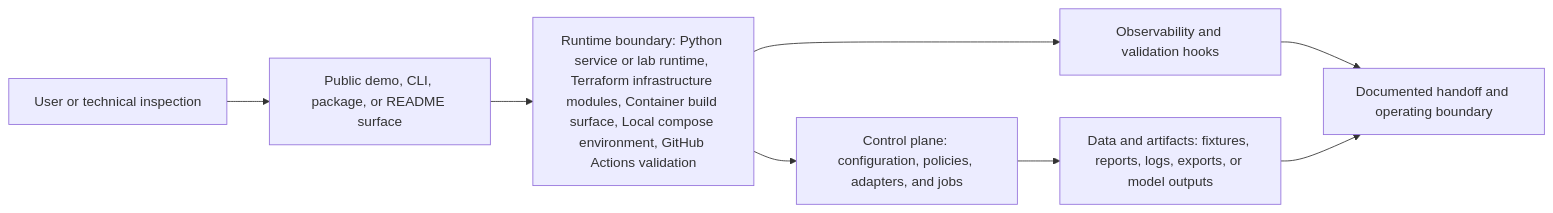
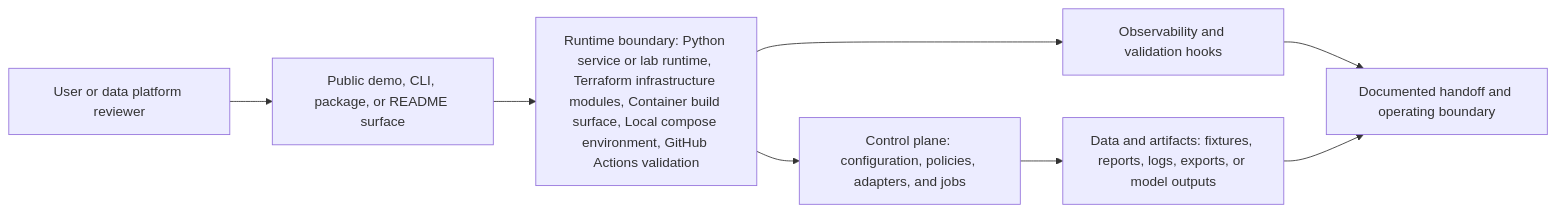
The diagram in docs/system-architecture.md (KIM3310/lakehouse-contract-lab), drawn with Mermaid before and after one commit. The commit also changed 25 other files, not shown here.

Commit message:
feat: harden model endpoint and architecture

````diff
--- a/docs/system-architecture.md
+++ b/docs/system-architecture.md
@@ -18,10 +18,10 @@
 ```mermaid
 flowchart LR
-    User["User or technical inspection"] --> Surface["Public demo, CLI, package, or README surface"]
+    User["User or data platform reviewer"] --> Surface["Public demo, CLI, package, or README surface"]
     Surface --> Runtime["Runtime boundary: Python service or lab runtime, Terraform infrastructure modules, Container build surface, Local compose environment, GitHub Actions validation"]
     Runtime --> Control["Control plane: configuration, policies, adapters, and jobs"]
     Control --> Data["Data and artifacts: fixtures, reports, logs, exports, or model outputs"]
     Runtime --> Observability["Observability and validation hooks"]
     Observability --> Handoff["Documented handoff and operating boundary"]
     Data --> Handoff
 ```
````
